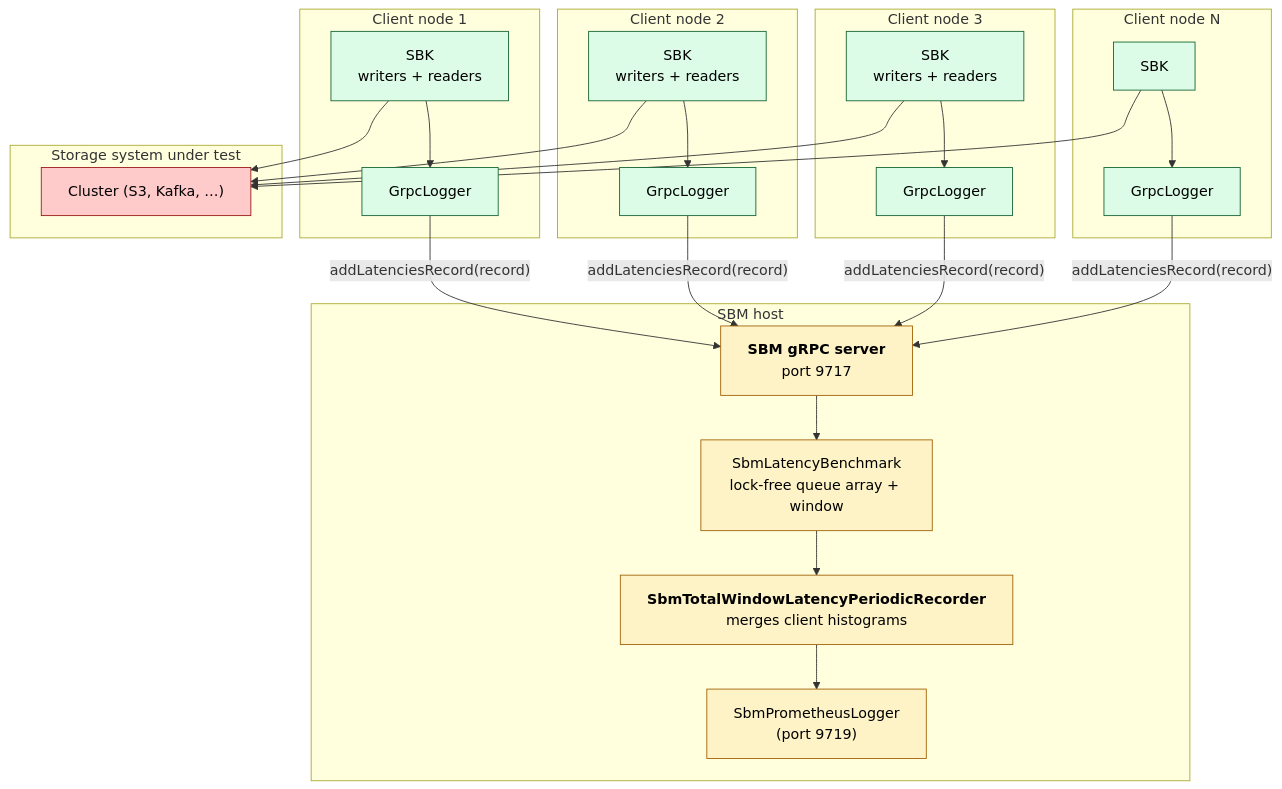
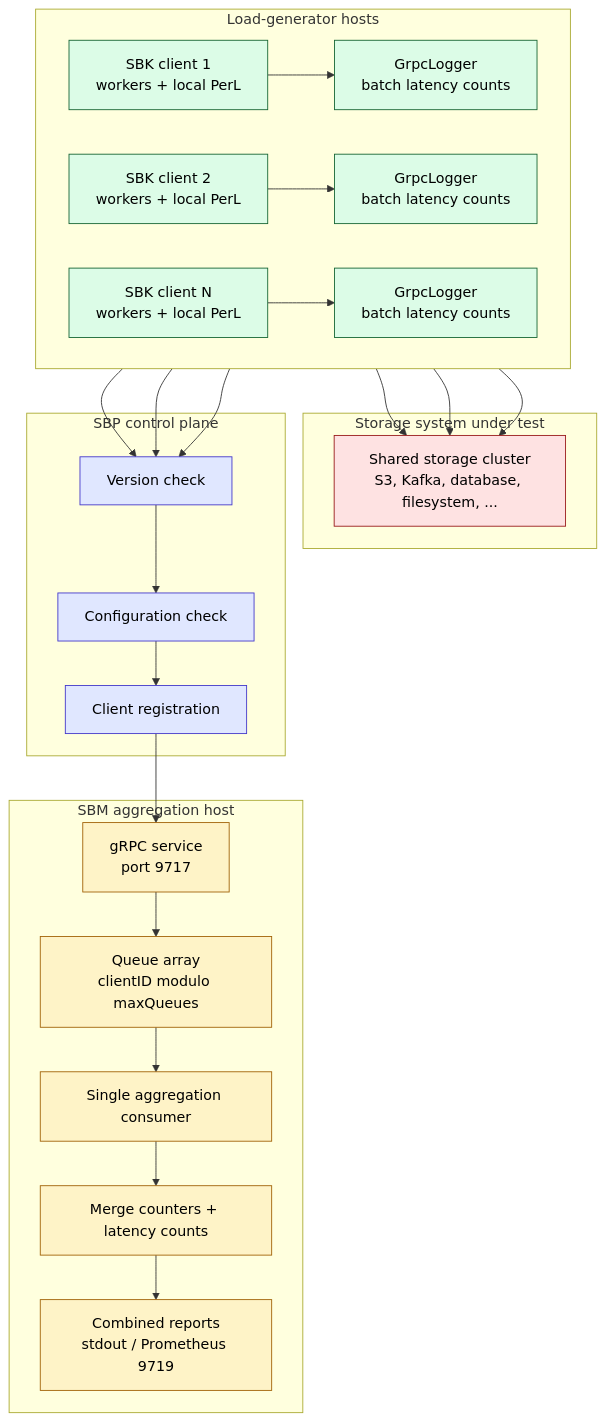
Diagram 18 of 36 in docs/sbk-internals.md (kmgowda/SBK), drawn with Mermaid before and after one commit. The commit also changed other lines of this file and 1 other file, not shown here.

Commit message:
Improve SBK internals architecture guide

````diff
--- a/docs/sbk-internals.md
+++ b/docs/sbk-internals.md
@@ -1010,47 +1356,41 @@
 ```mermaid
 flowchart TB
-    subgraph NODE1["Client node 1"]
-        S1["SBK<br/>writers + readers"] --> G1["GrpcLogger"]
-    end
-    subgraph NODE2["Client node 2"]
-        S2["SBK<br/>writers + readers"] --> G2["GrpcLogger"]
-    end
-    subgraph NODE3["Client node 3"]
-        S3["SBK<br/>writers + readers"] --> G3["GrpcLogger"]
-    end
-    subgraph NODE4["Client node N"]
-        SN["SBK"] --> GN["GrpcLogger"]
+    subgraph CLIENTS["Load-generator hosts"]
+        direction LR
+        C1["SBK client 1<br/>workers + local PerL"] --> L1["GrpcLogger<br/>batch latency counts"]
+        C2["SBK client 2<br/>workers + local PerL"] --> L2["GrpcLogger<br/>batch latency counts"]
+        CN["SBK client N<br/>workers + local PerL"] --> LN["GrpcLogger<br/>batch latency counts"]
     end
 
-    subgraph SBM_HOST["SBM host"]
-        SBM_SRV["<b>SBM gRPC server</b><br/>port 9717"]
-        AGG["SbmLatencyBenchmark<br/>lock-free queue array + window"]
-        REC["<b>SbmTotalWindowLatencyPeriodicRecorder</b><br/>merges client histograms"]
-        SBM_LOG["SbmPrometheusLogger<br/>(port 9719)"]
+    subgraph TARGET["Storage system under test"]
+        SUT["Shared storage cluster<br/>S3, Kafka, database, filesystem, ..."]
     end
 
-    G1 -- "addLatenciesRecord(record)" --> SBM_SRV
-    G2 -- "addLatenciesRecord(record)" --> SBM_SRV
-    G3 -- "addLatenciesRecord(record)" --> SBM_SRV
-    GN -- "addLatenciesRecord(record)" --> SBM_SRV
-
-    SBM_SRV --> AGG
-    AGG     --> REC
-    REC     --> SBM_LOG
-
-    subgraph STORAGE["Storage system under test"]
-        SUT["Cluster (S3, Kafka, …)"]
+    subgraph CONTROL["SBP control plane"]
+        VER["Version check"] --> CFG["Configuration check"] --> REG["Client registration"]
     end
 
-    S1 --> SUT
-    S2 --> SUT
-    S3 --> SUT
-    SN --> SUT
+    subgraph SBM_HOST["SBM aggregation host"]
+        RPC["gRPC service<br/>port 9717"] --> QA["Queue array<br/>clientID modulo maxQueues"]
+        QA --> ONE["Single aggregation consumer"]
+        ONE --> MERGE["Merge counters + latency counts"]
+        MERGE --> REPORT["Combined reports<br/>stdout / Prometheus 9719"]
+    end
 
-    classDef cli fill:#dcfce7,stroke:#166534,color:#000
-    classDef sbm fill:#fef3c7,stroke:#a16207,color:#000
-    classDef sut fill:#fecaca,stroke:#991b1b,color:#000
-    class S1,S2,S3,SN,G1,G2,G3,GN cli
-    class SBM_SRV,AGG,REC,SBM_LOG sbm
-    class SUT sut
+    C1 --> SUT
+    C2 --> SUT
+    CN --> SUT
+    L1 --> VER
+    L2 --> VER
+    LN --> VER
+    REG --> RPC
+
+    classDef client fill:#dcfce7,stroke:#166534,color:#000
+    classDef protocol fill:#e0e7ff,stroke:#4338ca,color:#000
+    classDef server fill:#fef3c7,stroke:#a16207,color:#000
+    classDef target fill:#fee2e2,stroke:#991b1b,color:#000
+    class C1,C2,CN,L1,L2,LN client
+    class VER,CFG,REG protocol
+    class RPC,QA,ONE,MERGE,REPORT server
+    class SUT target
 ```
````
